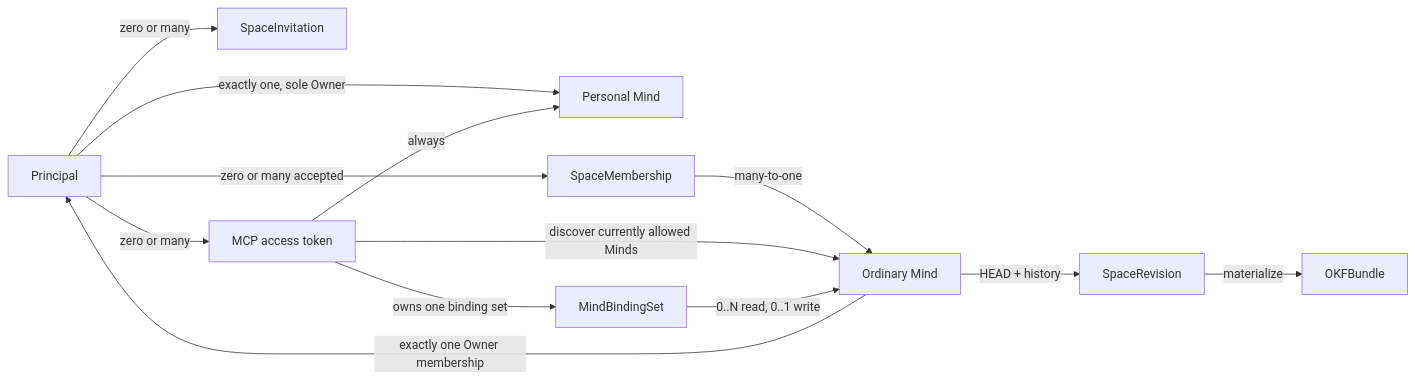
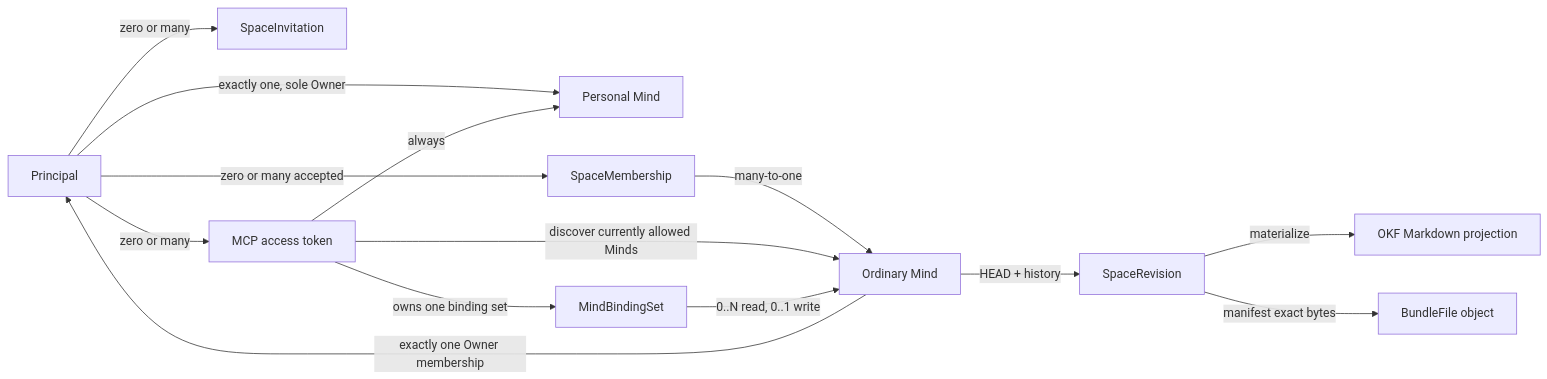
One commit to xxsrez/MindDiary changed the diagram in docs/specs/domain-model.md. Above: the diagram before and after it, drawn with Mermaid. The commit also changed other lines of this file and 9 other files, not shown here.

````diff
--- a/docs/specs/domain-model.md
+++ b/docs/specs/domain-model.md
@@ -41,24 +41,26 @@
 ```mermaid
 flowchart LR
     Principal["Principal"]
     Personal["Personal Mind"]
     Invitation["SpaceInvitation"]
     Membership["SpaceMembership"]
     Space["Ordinary Mind"]
     Revision["SpaceRevision"]
-    Bundle["OKFBundle"]
+    Bundle["OKF Markdown projection"]
+    File["BundleFile object"]
     Token["MCP access token"]
 
     Principal -->|"exactly one, sole Owner"| Personal
     Principal -->|"zero or many"| Invitation
     Principal -->|"zero or many accepted"| Membership
     Membership -->|"many-to-one"| Space
     Space -->|"exactly one Owner membership"| Principal
     Space -->|"HEAD + history"| Revision
     Revision -->|"materialize"| Bundle
+    Revision -->|"manifest exact bytes"| File
     Principal -->|"zero or many"| Token
     Token -->|"discover currently allowed Minds"| Space
     Token -->|"owns one binding set"| MindBindingSet
     MindBindingSet -->|"0..N read, 0..1 write"| Space
     Token -->|"always"| Personal
 ```
````
